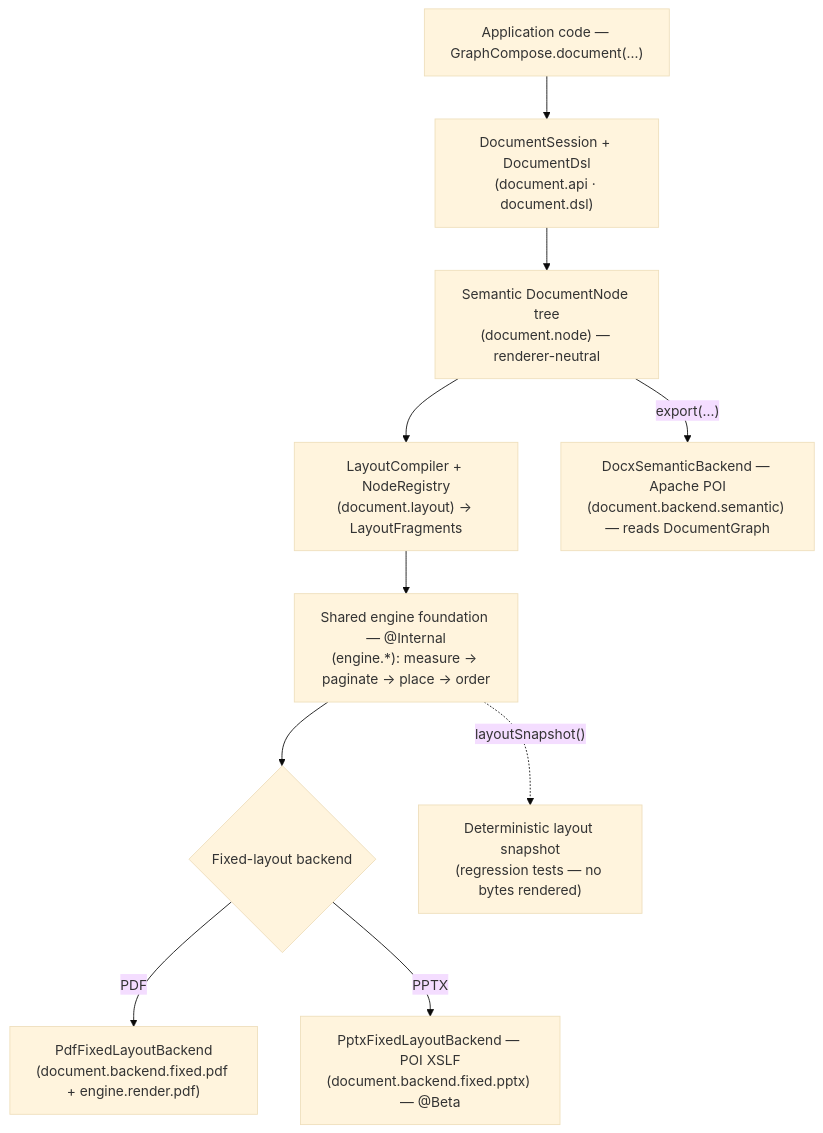
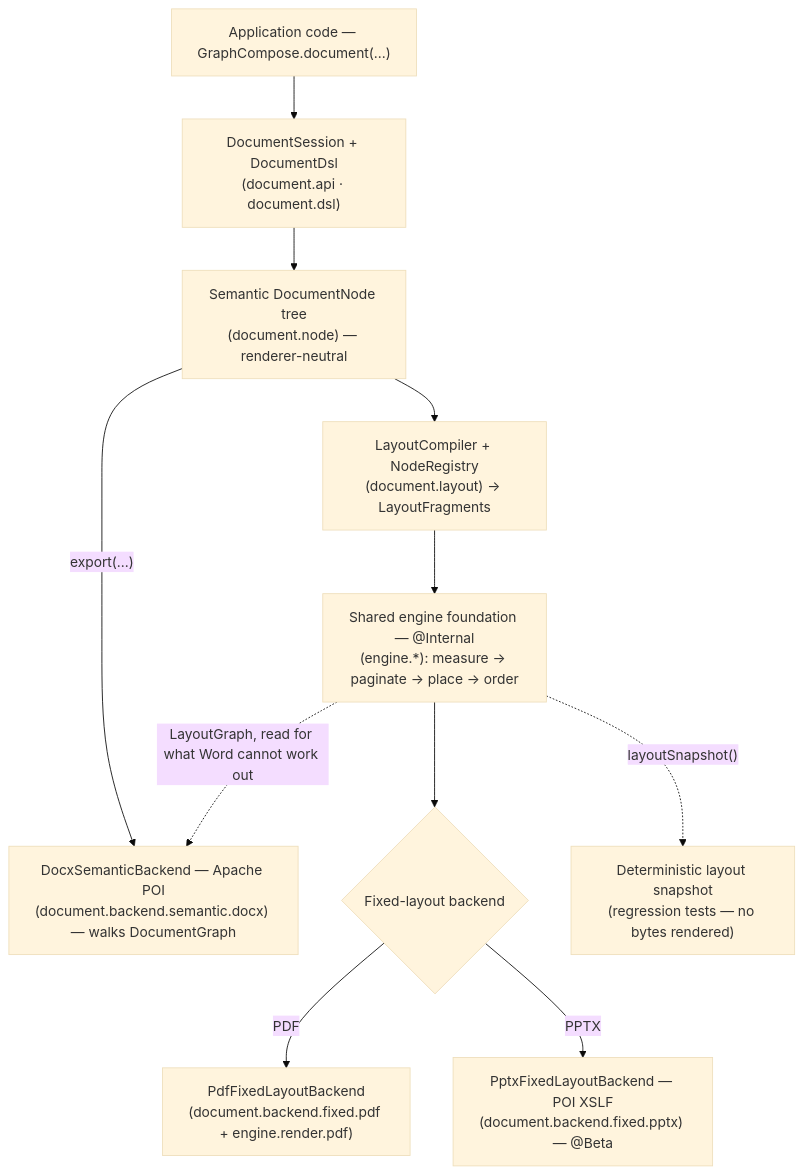
Before and after one commit to DemchaAV/GraphCompose: the diagram in docs/architecture/overview.md, drawn with Mermaid (base theme). The commit also changed other lines of this file and 9 other files, not shown here.

First line of the commit message:
docs(docx): give render-docx a package-info and say what the Word export does today (#1019)

````diff
--- a/docs/architecture/overview.md
+++ b/docs/architecture/overview.md
@@ -18,12 +18,13 @@
 ```mermaid
 flowchart TD
     A["Application code — GraphCompose.document(...)"] --> B["DocumentSession + DocumentDsl<br/>(document.api · document.dsl)"]
     B --> C["Semantic DocumentNode tree<br/>(document.node) — renderer-neutral"]
     C --> D["LayoutCompiler + NodeRegistry<br/>(document.layout) → LayoutFragments"]
-    C -->|"export(...)"| H["DocxSemanticBackend — Apache POI<br/>(document.backend.semantic) — reads DocumentGraph"]
+    C -->|"export(...)"| H["DocxSemanticBackend — Apache POI<br/>(document.backend.semantic.docx) — walks DocumentGraph"]
     D --> E["Shared engine foundation — @Internal<br/>(engine.*): measure → paginate → place → order"]
     E --> F{"Fixed-layout backend"}
     F -->|PDF| G["PdfFixedLayoutBackend<br/>(document.backend.fixed.pdf + engine.render.pdf)"]
     F -->|PPTX| P["PptxFixedLayoutBackend — POI XSLF<br/>(document.backend.fixed.pptx) — @Beta"]
+    E -.->|"LayoutGraph, read for what Word cannot work out"| H
     E -.->|"layoutSnapshot()"| I["Deterministic layout snapshot<br/>(regression tests — no bytes rendered)"]
 ```
````
